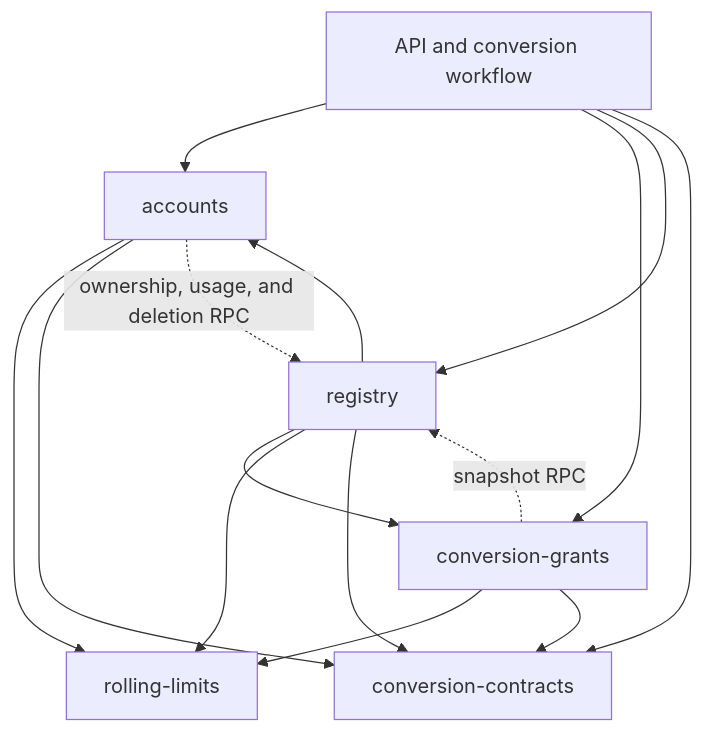
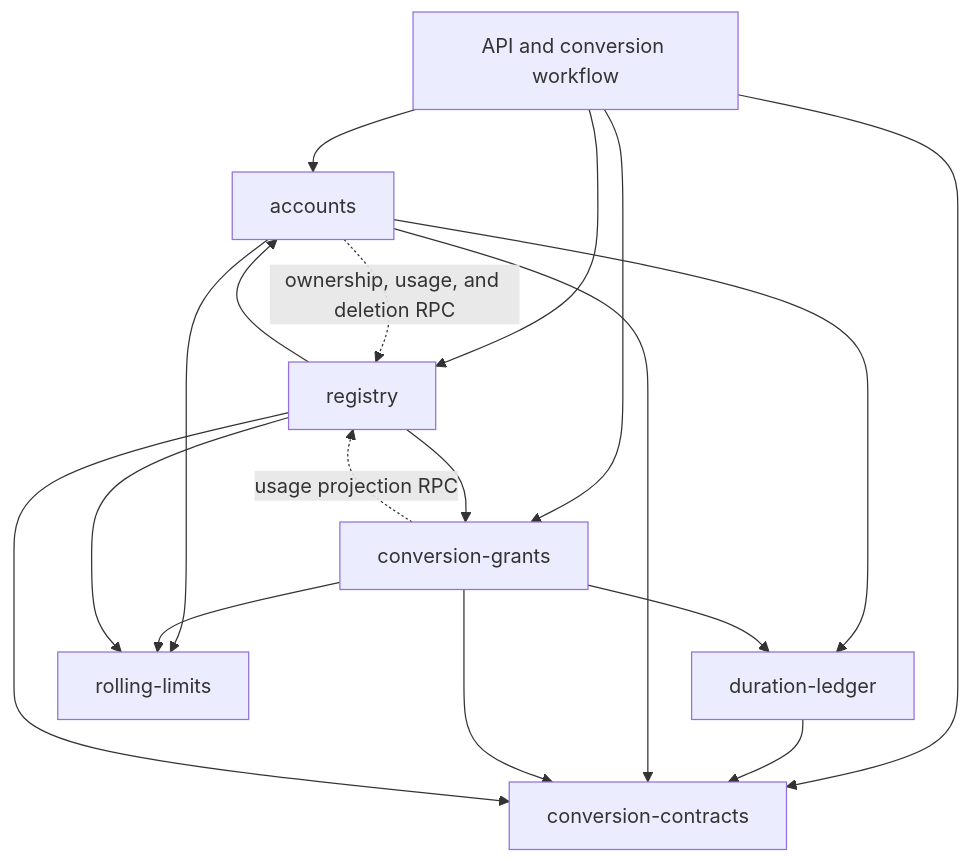
One commit to patricktree/cup changed the second of 2 diagrams in docs/architecture/README.md. Above: the diagram before and after it, drawn with Mermaid. The commit also changed other lines of this file and 24 other files, not shown here.

````diff
--- a/docs/architecture/README.md
+++ b/docs/architecture/README.md
@@ -62,17 +71,20 @@
 ```mermaid
 flowchart TD
     API[API and conversion workflow] --> Accounts[accounts]
     API --> Grants[conversion-grants]
     API --> Registry[registry]
     API --> Contracts[conversion-contracts]
     Registry --> Accounts
     Registry --> Grants
+    Accounts --> Ledger[duration-ledger]
+    Grants --> Ledger
+    Ledger --> Contracts
     Accounts --> Limits[rolling-limits]
     Grants --> Limits
     Registry --> Limits
     Accounts --> Contracts
     Grants --> Contracts
     Registry --> Contracts
     Accounts -. ownership, usage, and deletion RPC .-> Registry
-    Grants -. snapshot RPC .-> Registry
+    Grants -. usage projection RPC .-> Registry
 ```
````
